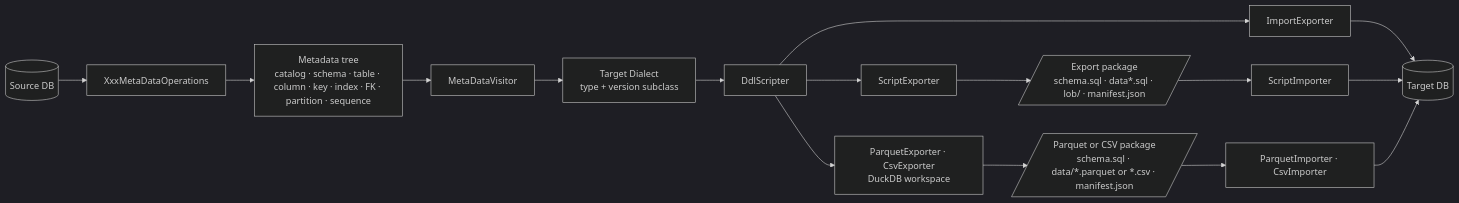
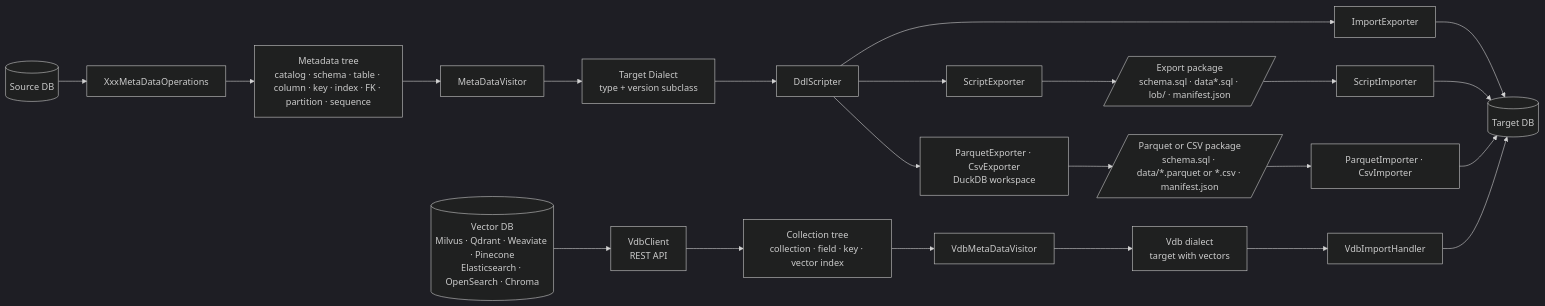
Before and after one commit to paganini2008/sqljam: the diagram in README.md, drawn with Mermaid (dark theme). The commit also changed other lines of this file and 165 other files, not shown here.

Commit message:
feat: SSH tunnels, vdb paging and sorting, copy rows, tree filter, boundary fixes, 4 minute tutorial

````diff
--- a/README.md
+++ b/README.md
@@ -53,13 +59,16 @@
 ```mermaid
 flowchart LR
     S[(Source DB)] --> O[XxxMetaDataOperations]
     O --> T[Metadata tree<br/>catalog · schema · table · column · key · index · FK · partition · sequence]
     T --> V[MetaDataVisitor]
     V --> D[Target Dialect<br/>type + version subclass]
     D --> DS[DdlScripter]
     DS --> I[ImportExporter] --> TD[(Target DB)]
     DS --> E[ScriptExporter] --> P[/Export package<br/>schema.sql · data*.sql · lob/ · manifest.json/]
     DS --> PE[ParquetExporter · CsvExporter<br/>DuckDB workspace] --> PP[/Parquet or CSV package<br/>schema.sql · data/*.parquet or *.csv · manifest.json/]
     P --> SI[ScriptImporter] --> TD
     PP --> PI[ParquetImporter · CsvImporter] --> TD
+    VS[(Vector DB<br/>Milvus · Qdrant · Weaviate · Pinecone<br/>Elasticsearch · OpenSearch · Chroma)] --> VC[VdbClient<br/>REST API]
+    VC --> VT[Collection tree<br/>collection · field · key · vector index]
+    VT --> VV[VdbMetaDataVisitor] --> VD[Vdb dialect<br/>target with vectors] --> VI[VdbImportHandler] --> TD
 ```
````
